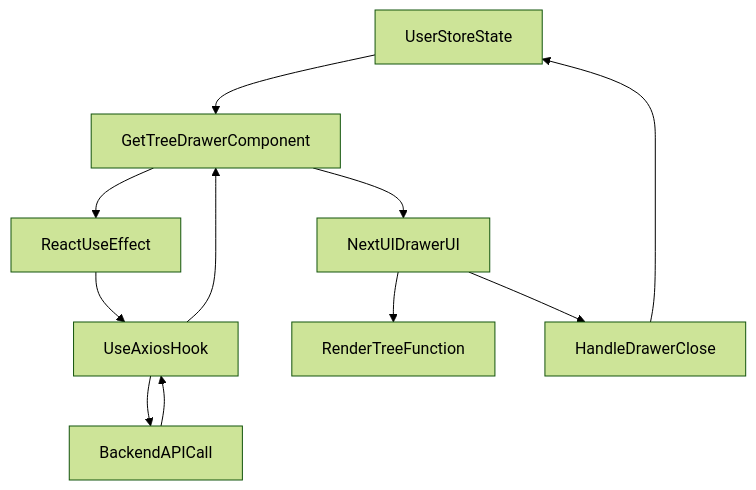
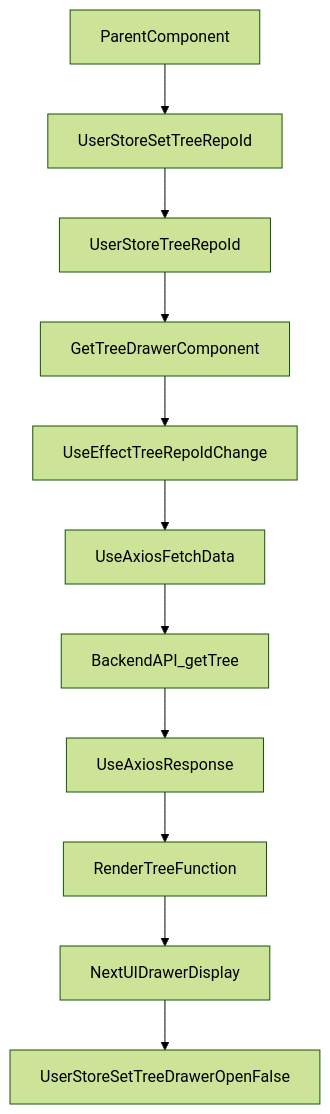
The diagram in docs/grms-frontend/src/components/Drawers/GetTreeDrawer.tsx.md (test-company-prowiz/Easy-Repo), drawn with Mermaid (forest theme) before and after one commit. The commit also changed other lines of this file and 1 other file, not shown here.

````diff
--- a/docs/grms-frontend/src/components/Drawers/GetTreeDrawer.tsx.md
+++ b/docs/grms-frontend/src/components/Drawers/GetTreeDrawer.tsx.md
@@ -39,13 +43,13 @@
 ```mermaid
 graph TD
-UserStore[UserStoreState] --> GetTreeDrawer[GetTreeDrawerComponent];
-GetTreeDrawer --> ReactEffect[ReactUseEffect];
-ReactEffect --> UseAxios[UseAxiosHook];
-UseAxios --> BackendAPI[BackendAPICall];
-BackendAPI --> UseAxios;
-UseAxios --> GetTreeDrawer;
-GetTreeDrawer --> NextUIDrawer[NextUIDrawerUI];
-NextUIDrawer --> RenderTree[RenderTreeFunction];
-NextUIDrawer --> HandleClose[HandleDrawerClose];
-HandleClose --> UserStore;
+A[ParentComponent] --> B[UserStoreSetTreeRepoId]
+B --> C[UserStoreTreeRepoId]
+C --> D[GetTreeDrawerComponent]
+D --> E[UseEffectTreeRepoIdChange]
+E --> F[UseAxiosFetchData]
+F --> G[BackendAPI_getTree]
+G --> H[UseAxiosResponse]
+H --> I[RenderTreeFunction]
+I --> J[NextUIDrawerDisplay]
+J --> K[UserStoreSetTreeDrawerOpenFalse]
 ```
````
